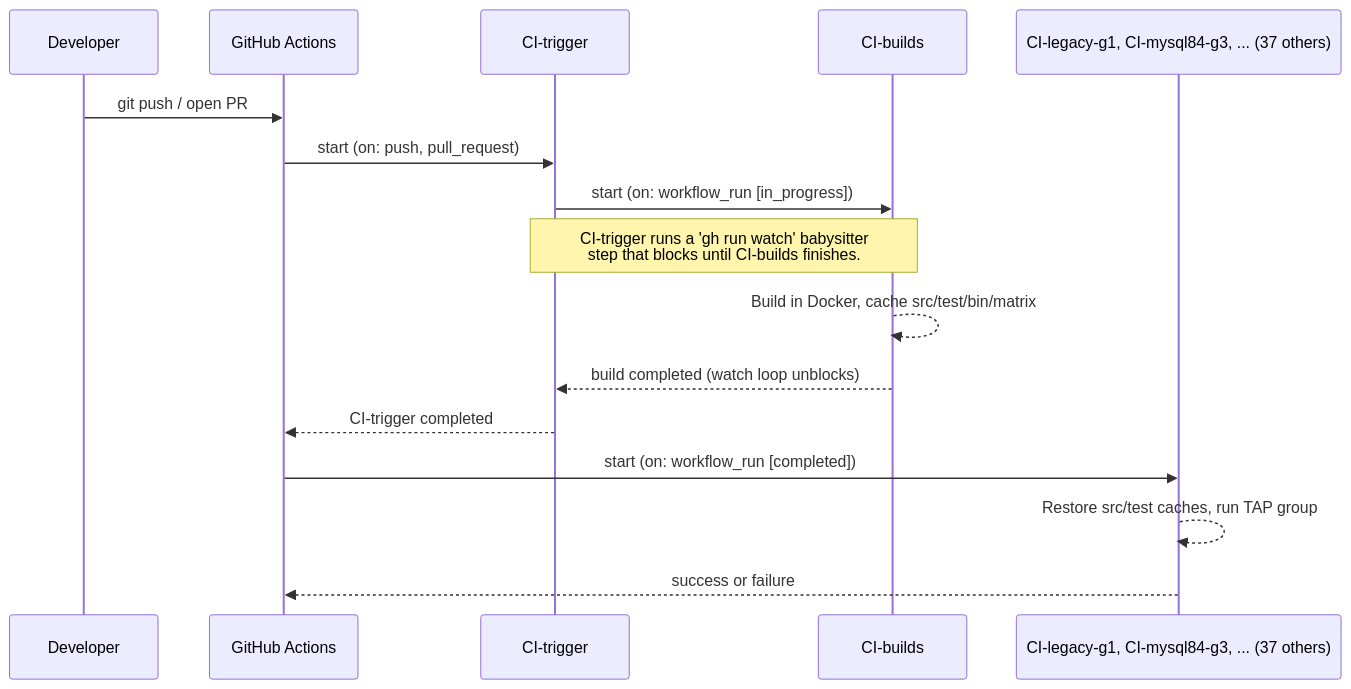
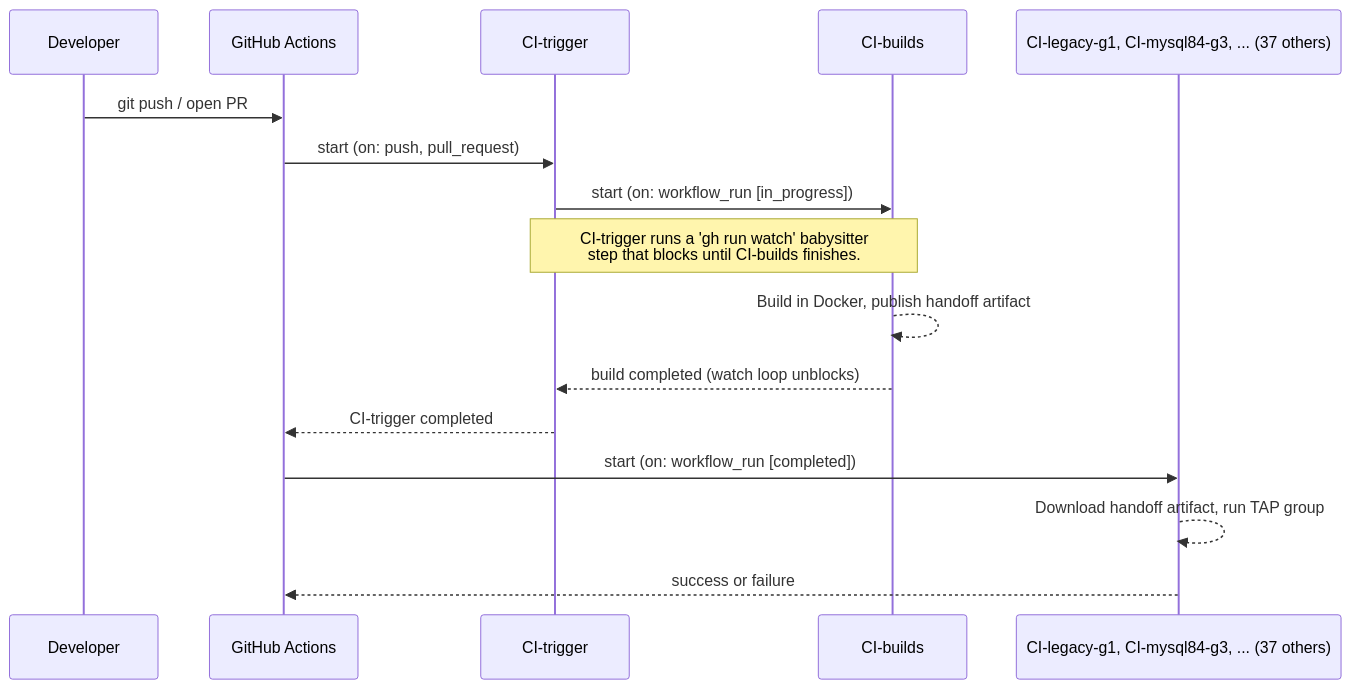
The diagram in doc/GH-Actions/README.md (sysown/proxysql), drawn with Mermaid before and after one commit. The commit also changed other lines of this file, not shown here.

````diff
--- a/doc/GH-Actions/README.md
+++ b/doc/GH-Actions/README.md
@@ -198,19 +198,19 @@
 ```mermaid
 sequenceDiagram
     participant Dev as Developer
     participant GH as GitHub Actions
     participant Trigger as CI-trigger
     participant Builds as CI-builds
     participant Test as CI-legacy-g1, CI-mysql84-g3, ... (37 others)
 
     Dev->>GH: git push / open PR
     GH->>Trigger: start (on: push, pull_request)
     Trigger->>Builds: start (on: workflow_run [in_progress])
     Note over Trigger,Builds: CI-trigger runs a 'gh run watch' babysitter<br/>step that blocks until CI-builds finishes.
-    Builds-->>Builds: Build in Docker, cache src/test/bin/matrix
+    Builds-->>Builds: Build in Docker, publish handoff artifact
     Builds-->>Trigger: build completed (watch loop unblocks)
     Trigger-->>GH: CI-trigger completed
     GH->>Test: start (on: workflow_run [completed])
-    Test-->>Test: Restore src/test caches, run TAP group
+    Test-->>Test: Download handoff artifact, run TAP group
     Test-->>GH: success or failure
 ```
````
